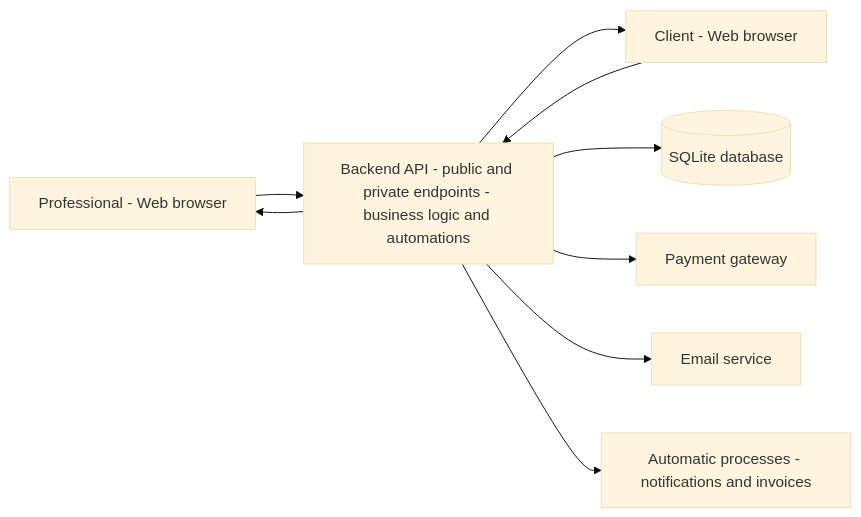
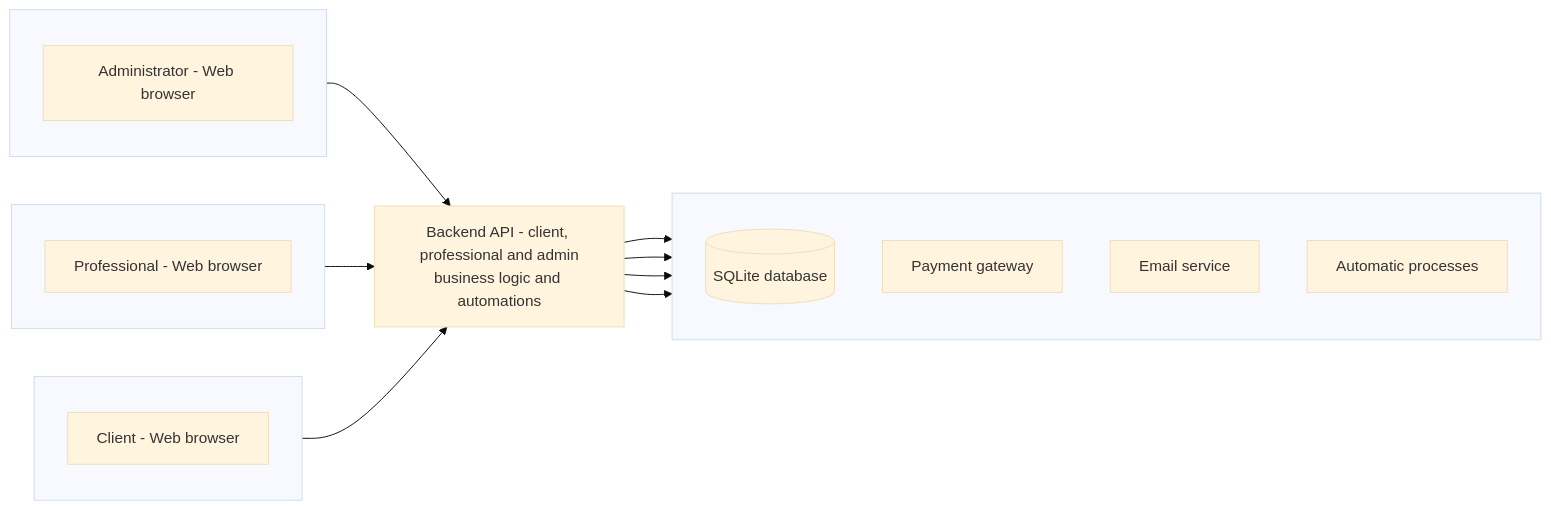
One commit to nerineaoi/tfg-plataforma-citas-docs changed the diagram in entregas/PI_E1/en/architecture.md. Above: the diagram before and after it, drawn with Mermaid (base theme).

Commit message:
Refactor architecture diagram to include Administrator
Updated the architecture diagram to include the Administrator role and reorganized components into subgraphs for clarity.

````diff
--- a/entregas/PI_E1/en/architecture.md
+++ b/entregas/PI_E1/en/architecture.md
@@ -73,25 +73,43 @@
 ```mermaid
 flowchart LR
 
-    P[Professional - Web browser]
-    C[Client - Web browser]
+    %% LEFT COLUMN
+    subgraph CBOX[ ]
+        direction TB
+        C[Client - Web browser]
+    end
 
-    API[Backend API - public and private endpoints - business logic and automations]
+    subgraph PBOX[ ]
+        direction TB
+        P[Professional - Web browser]
+    end
 
-    DB[(SQLite database)]
-    PAY[Payment gateway]
-    MAIL[Email service]
-    AUTO[Automatic processes - notifications and invoices]
+    subgraph ABOX[ ]
+        direction TB
+        A[Administrator - Web browser]
+    end
 
+    %% CENTER
+    API[Backend API - client, professional and admin<br/>business logic and automations]
+
+    %% RIGHT COLUMN
+    subgraph INFRA[ ]
+        direction TB
+        DB[(SQLite database)]
+        PAY[Payment gateway]
+        MAIL[Email service]
+        AUTO[Automatic processes]
+    end
+
+    %% CONNECTIONS
+    C --> API
     P --> API
-    C --> API
-
-    API --> P
-    API --> C
+    A --> API
 
     API --> DB
     API --> PAY
     API --> MAIL
     API --> AUTO
 
+
 ```
````
